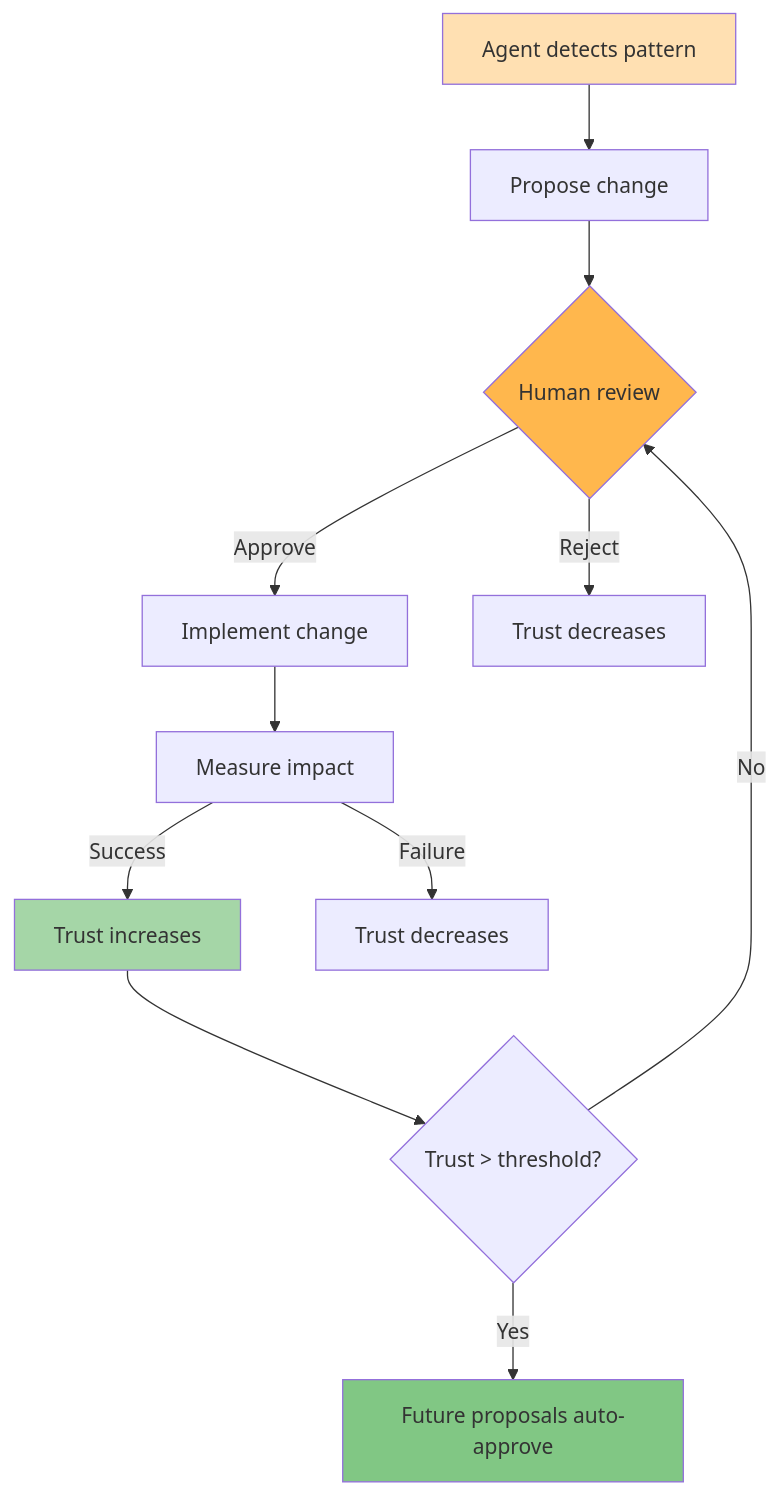
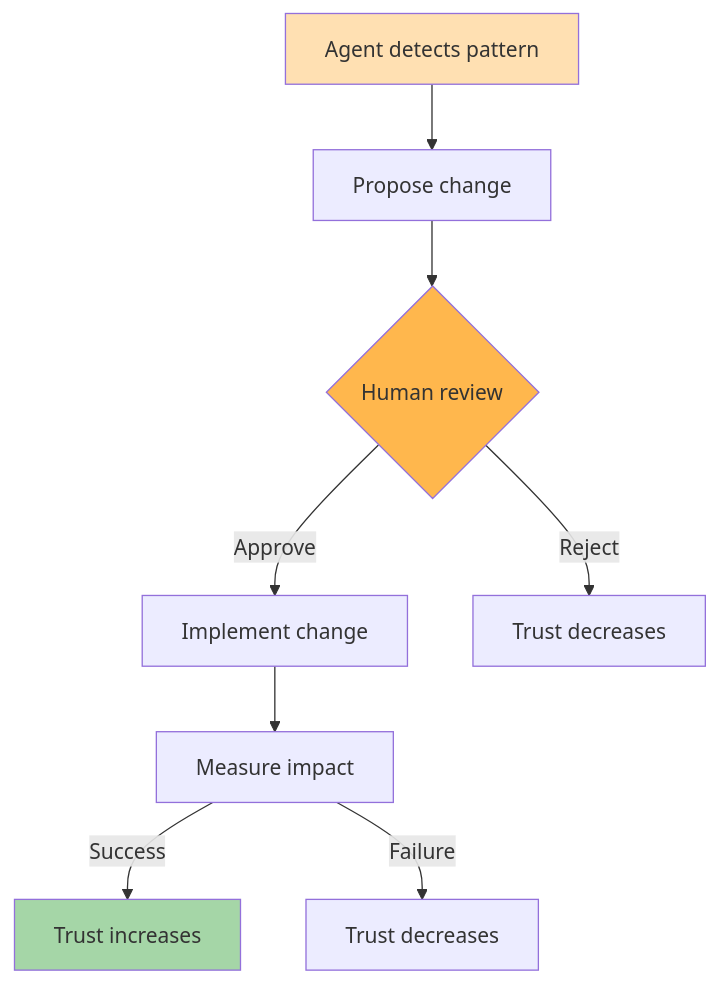
One commit to Lizo-RoadTown/PROVES_LIBRARY changed the second of 2 diagrams in README.md. Above: the diagram before and after it, drawn with Mermaid. The commit also changed other lines of this file and 3 other files, not shown here.

````diff
--- a/README.md
+++ b/README.md
@@ -176,18 +129,14 @@
 ```mermaid
 flowchart TD
     AGENT[Agent detects pattern] --> PROPOSE[Propose change]
     PROPOSE --> REVIEW{Human review}
     REVIEW -->|Approve| IMPLEMENT[Implement change]
     REVIEW -->|Reject| FEEDBACK[Trust decreases]
     IMPLEMENT --> MEASURE[Measure impact]
     MEASURE -->|Success| TRUST_UP[Trust increases]
     MEASURE -->|Failure| TRUST_DOWN[Trust decreases]
-    TRUST_UP --> AUTO{Trust > threshold?}
-    AUTO -->|Yes| AUTO_APPROVE[Future proposals auto-approve]
-    AUTO -->|No| REVIEW
 
     style AGENT fill:#ffe0b2
     style REVIEW fill:#ffb74d
     style TRUST_UP fill:#a5d6a7
-    style AUTO_APPROVE fill:#81c784
 ```
````
